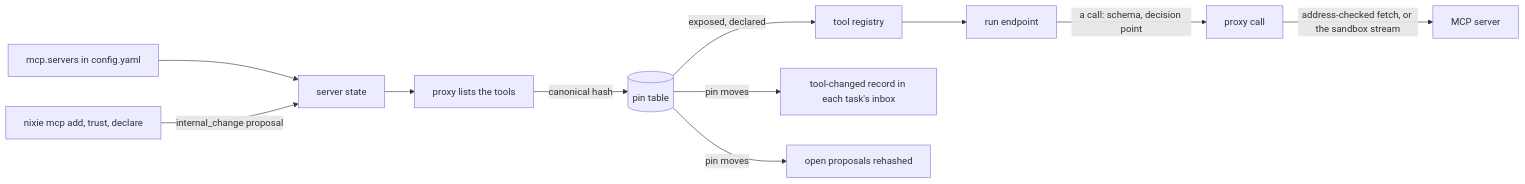
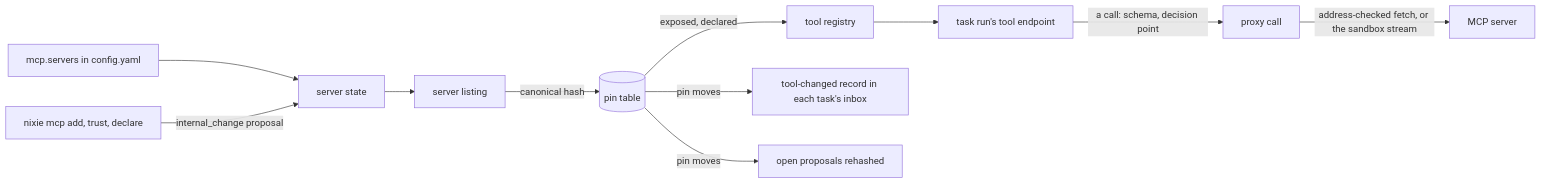
One commit to zgeoff/nixie changed the diagram in docs/design/queue/mcp-proxy-build.md. Above: the diagram before and after it, drawn with Mermaid. The commit also changed other lines of this file and 1 other file, not shown here.

Commit message:
docs: answer the review and the cold read on the mcp proxy build

````diff
--- a/docs/design/queue/mcp-proxy-build.md
+++ b/docs/design/queue/mcp-proxy-build.md
@@ -33,13 +39,13 @@
 ```mermaid
 flowchart LR
   config["mcp.servers in config.yaml"] --> state[server state]
   cli["nixie mcp add, trust, declare"] -->|"internal_change proposal"| state
-  state --> lister[proxy lists the tools]
+  state --> lister[server listing]
   lister -->|"canonical hash"| pins[(pin table)]
   pins -->|"exposed, declared"| registry[tool registry]
-  registry --> endpoint[run endpoint]
+  registry --> endpoint[task run's tool endpoint]
   endpoint -->|"a call: schema, decision point"| proxy[proxy call]
   proxy -->|"address-checked fetch, or the sandbox stream"| server[MCP server]
   pins -->|"pin moves"| inbox["tool-changed record in each task's inbox"]
   pins -->|"pin moves"| proposals["open proposals rehashed"]
 ```
````
